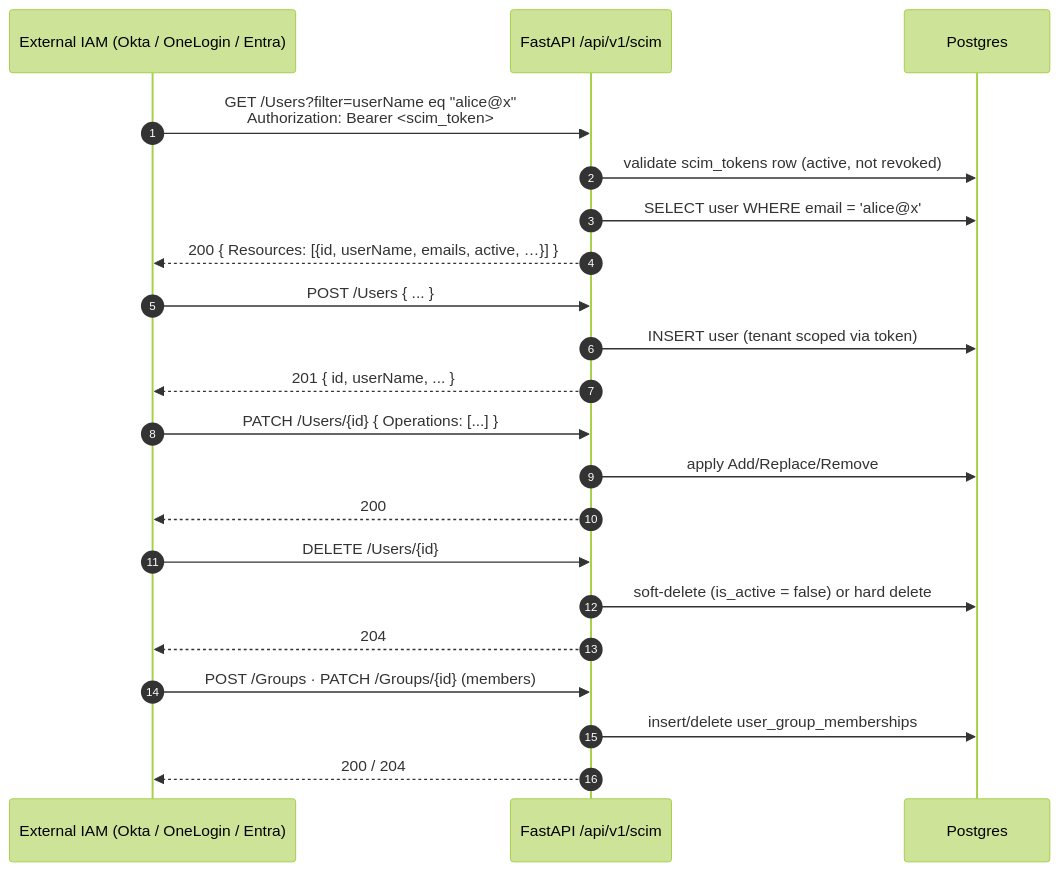
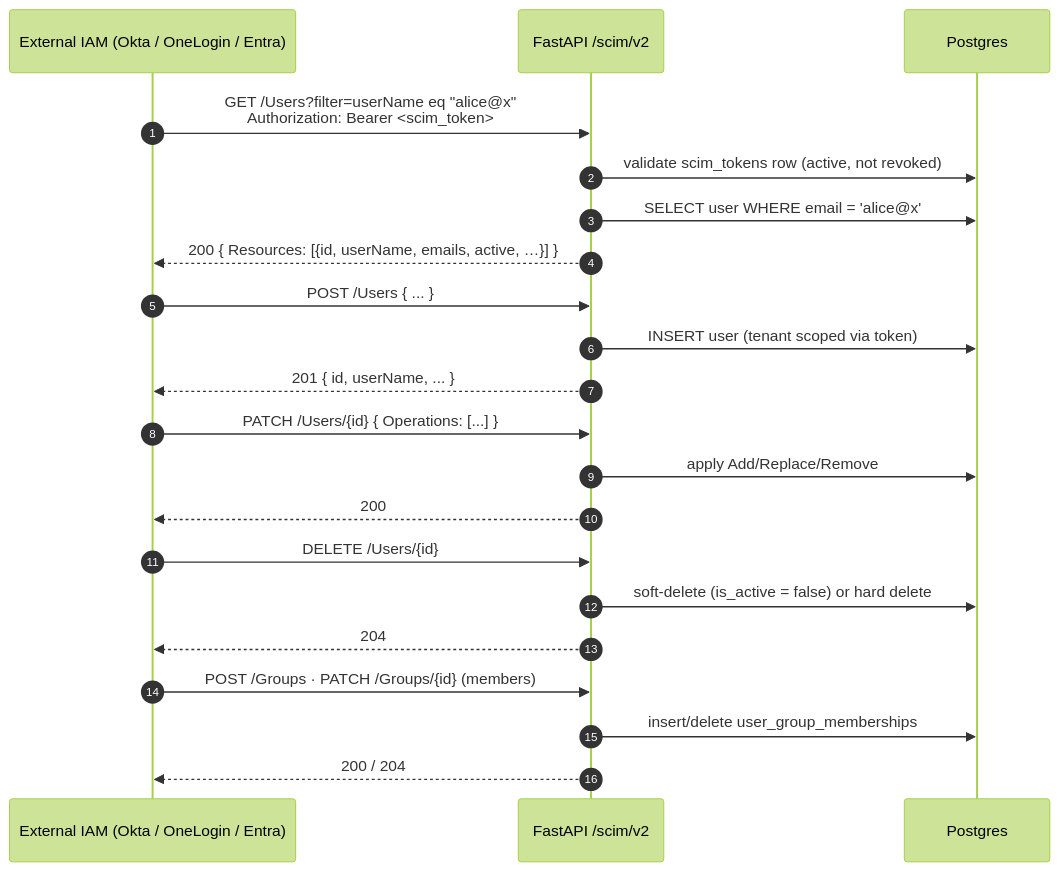
One commit to nerdy-krishna/ai-secure-coding-compliance-platform changed the fifth of 5 diagrams in docs/docs/architecture/diagrams/08-auth-tenancy-sso.md. Above: the diagram before and after it, drawn with Mermaid (forest theme). The commit also changed other lines of this file and 405 other files, not shown here.

````diff
--- a/docs/docs/architecture/diagrams/08-auth-tenancy-sso.md
+++ b/docs/docs/architecture/diagrams/08-auth-tenancy-sso.md
@@ -163,28 +163,28 @@
 ```mermaid
 sequenceDiagram
     autonumber
     participant IDM as External IAM (Okta / OneLogin / Entra)
-    participant API as FastAPI /api/v1/scim
+    participant API as FastAPI /scim/v2
     participant DB as Postgres
 
     IDM->>API: GET /Users?filter=userName eq "alice@x"<br/>Authorization: Bearer <scim_token>
     API->>DB: validate scim_tokens row (active, not revoked)
     API->>DB: SELECT user WHERE email = 'alice@x'
     API-->>IDM: 200 { Resources: [{id, userName, emails, active, …}] }
 
     IDM->>API: POST /Users { ... }
     API->>DB: INSERT user (tenant scoped via token)
     API-->>IDM: 201 { id, userName, ... }
 
     IDM->>API: PATCH /Users/{id} { Operations: [...] }
     API->>DB: apply Add/Replace/Remove
     API-->>IDM: 200
 
     IDM->>API: DELETE /Users/{id}
     API->>DB: soft-delete (is_active = false) or hard delete
     API-->>IDM: 204
 
     IDM->>API: POST /Groups · PATCH /Groups/{id} (members)
     API->>DB: insert/delete user_group_memberships
     API-->>IDM: 200 / 204
 ```
````
